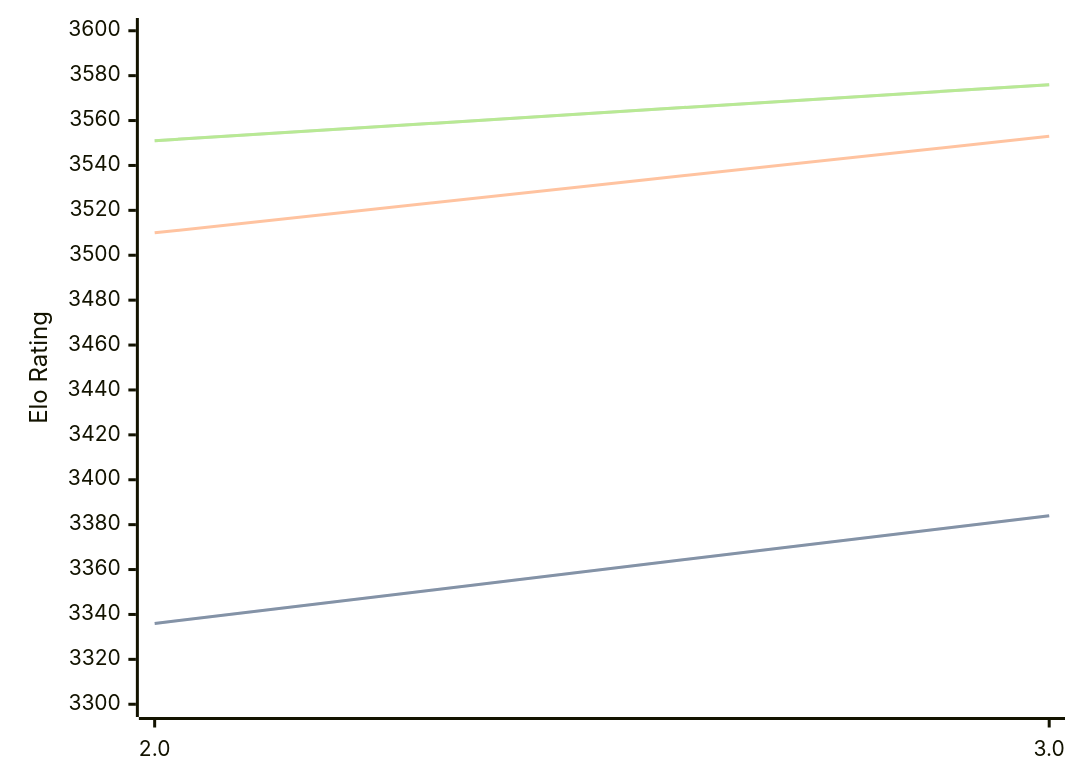
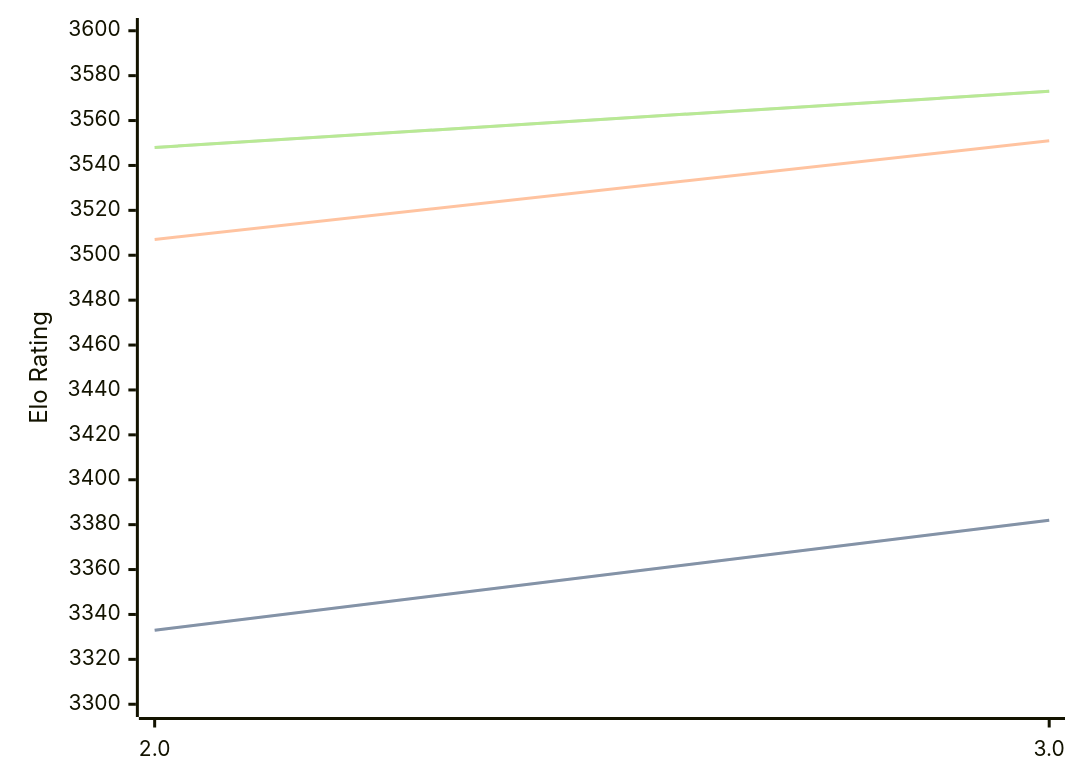
The diagram in engines/Quanticade.md (computer-chess-index/cci), drawn with Mermaid before and after one commit. The commit also changed other lines of this file, not shown here.

Commit message:
Update CCI Ratings (ELO VLTC) - 2026-03-10

````diff
--- a/engines/Quanticade.md
+++ b/engines/Quanticade.md
@@ -39,11 +39,11 @@
 ```mermaid
 %%{init: {"theme":"base","themeVariables":{"seriesColors:['#a3a3a3','#222221','#faa371']}}}%%
 xychart-beta
   x-axis ["2.0", "3.0"]
   y-axis "Elo Rating" 3300 --> 3600
-  line "STC (8.0+0.08s)" [3336, 3384]
-  line "STC (8.0+0.08s)" [3336, 3384]
-  line "LTC (60.0+0.60s)" [3510, 3553]
-  line "VLTC (2m24s+1.12s)" [3551, 3576]
-  line "VLTC (2m24s+1.12s)" [3551, 3576]
+  line "STC (8.0+0.08s)" [3333, 3382]
+  line "STC (8.0+0.08s)" [3333, 3382]
+  line "LTC (60.0+0.60s)" [3507, 3551]
+  line "VLTC (2m24s+1.12s)" [3548, 3573]
+  line "VLTC (2m24s+1.12s)" [3548, 3573]
 ```
````
